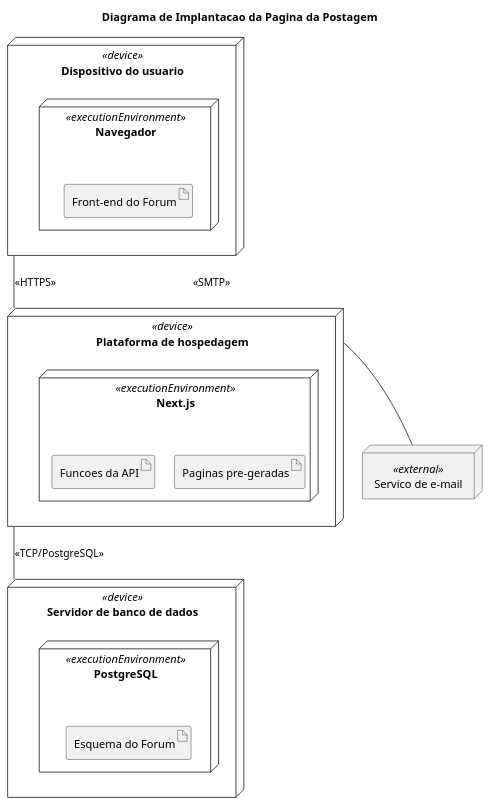
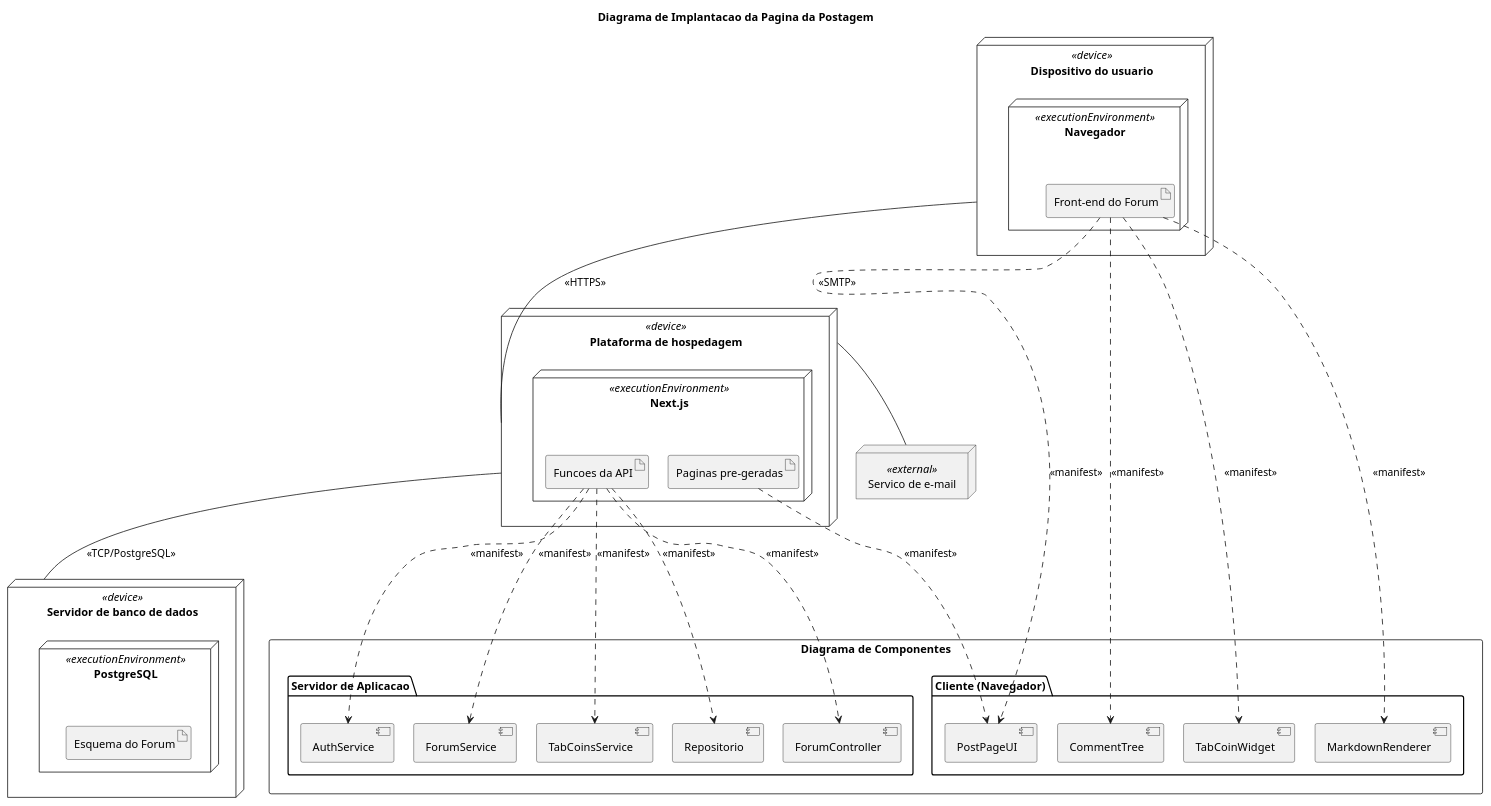
One commit to UnBArqDsw2026-2-Turma01/RepositorioTemplateEntrega2-TabNews-Forum changed the second of 2 diagrams in docs/Base/Relatórios/SubEquipe_03/ModelagemEstatica.md. Above: the diagram before and after it, drawn with PlantUML.

Commit message:
docs(entrega2): diagrama de implantação - manifestação dos componentes - Leonardo Bonetti

````diff
--- a/docs/Base/Relatórios/SubEquipe_03/ModelagemEstatica.md
+++ b/docs/Base/Relatórios/SubEquipe_03/ModelagemEstatica.md
@@ -112,34 +112,63 @@
 ```plantuml
 @startuml
 title Diagrama de Implantacao da Pagina da Postagem
 
 skinparam componentStyle uml2
 skinparam nodesep 25
 skinparam ranksep 55
 
 node "Dispositivo do usuario" <<device>> as dispositivo {
   node "Navegador" <<executionEnvironment>> as navegador {
     artifact "Front-end do Forum" as frontend
   }
 }
 
 node "Plataforma de hospedagem" <<device>> as hospedagem {
   node "Next.js" <<executionEnvironment>> as nextjs {
     artifact "Paginas pre-geradas" as paginas
     artifact "Funcoes da API" as funcoesApi
   }
 }
 
 node "Servidor de banco de dados" <<device>> as servidorBanco {
   node "PostgreSQL" <<executionEnvironment>> as postgres {
     artifact "Esquema do Forum" as esquema
   }
 }
 
 node "Servico de e-mail" <<external>> as email
 
 dispositivo -down- hospedagem : <<HTTPS>>
 hospedagem -down- servidorBanco : <<TCP/PostgreSQL>>
 hospedagem -right- email : <<SMTP>>
+
+rectangle "Diagrama de Componentes" as componentes {
+  package "Cliente (Navegador)" {
+    component "PostPageUI" as UI
+    component "CommentTree" as CT
+    component "TabCoinWidget" as TCW
+    component "MarkdownRenderer" as MD
+  }
+  package "Servidor de Aplicacao" {
+    component "ForumController" as CTRL
+    component "AuthService" as AUTH
+    component "ForumService" as SVC
+    component "TabCoinsService" as TCS
+    component "Repositorio" as REPO
+  }
+}
+
+frontend ..> UI : <<manifest>>
+frontend ..> CT : <<manifest>>
+frontend ..> TCW : <<manifest>>
+frontend ..> MD : <<manifest>>
+
+paginas ..> UI : <<manifest>>
+
+funcoesApi ..> CTRL : <<manifest>>
+funcoesApi ..> AUTH : <<manifest>>
+funcoesApi ..> SVC : <<manifest>>
+funcoesApi ..> TCS : <<manifest>>
+funcoesApi ..> REPO : <<manifest>>
 @enduml
 ```
````
